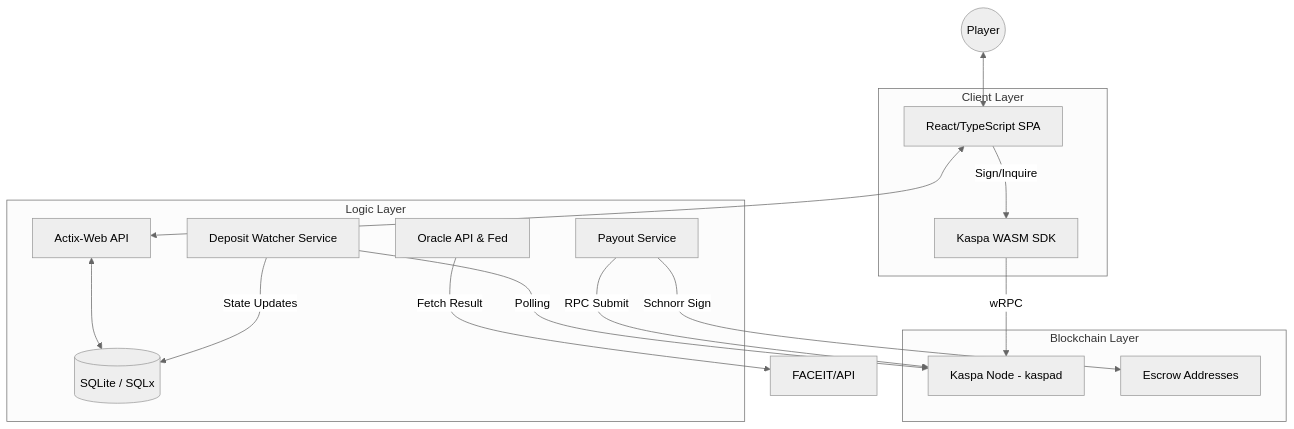
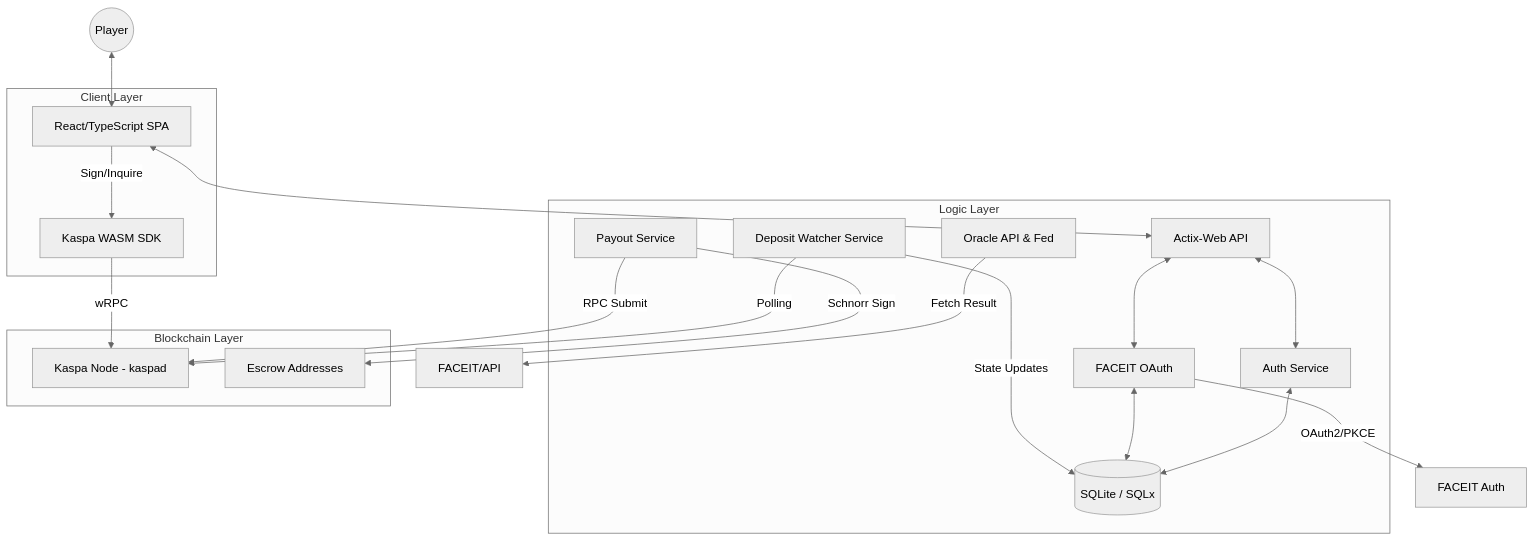
The diagram in docs/architecture.md (TimBee706/KaspaBattle2), drawn with Mermaid (neutral theme) before and after one commit. The commit also changed other lines of this file and 23 other files, not shown here.

Commit message:
feat: Establish core KaspaBattle backend with API, match state management, Faceit oracle integration, and Kaspa blockchain services.

````diff
--- a/docs/architecture.md
+++ b/docs/architecture.md
@@ -15,34 +15,41 @@
 ```mermaid
 graph TD
     User((Player))
     
     subgraph Frontend [Client Layer]
         ReactApp[React/TypeScript SPA]
         KaspaWASM[Kaspa WASM SDK]
     end
     
     subgraph Backend [Logic Layer]
         ActixAPI[Actix-Web API]
+        AuthService[Auth Service]
+        OAuthService[FACEIT OAuth]
         Watcher[Deposit Watcher Service]
         Payout[Payout Service]
         Oracle[Oracle API & Fed]
         DB[(SQLite / SQLx)]
     end
     
     subgraph Blockchain [Blockchain Layer]
         KaspaNode[Kaspa Node - kaspad]
         EscrowAddr[Escrow Addresses]
     end
 
     User <--> ReactApp
     ReactApp <--> ActixAPI
     ReactApp -- Sign/Inquire --> KaspaWASM
     KaspaWASM -- wRPC --> KaspaNode
     
-    ActixAPI <--> DB
+    ActixAPI <--> AuthService
+    ActixAPI <--> OAuthService
+    AuthService <--> DB
+    OAuthService <--> DB
+    OAuthService -- OAuth2/PKCE --> FaceitAPI[FACEIT Auth]
+    
     Watcher -- Polling --> KaspaNode
     Watcher -- State Updates --> DB
     Payout -- Schnorr Sign --> EscrowAddr
     Payout -- RPC Submit --> KaspaNode
     Oracle -- Fetch Result --> GameAPIs[FACEIT/API]
 ```
````
